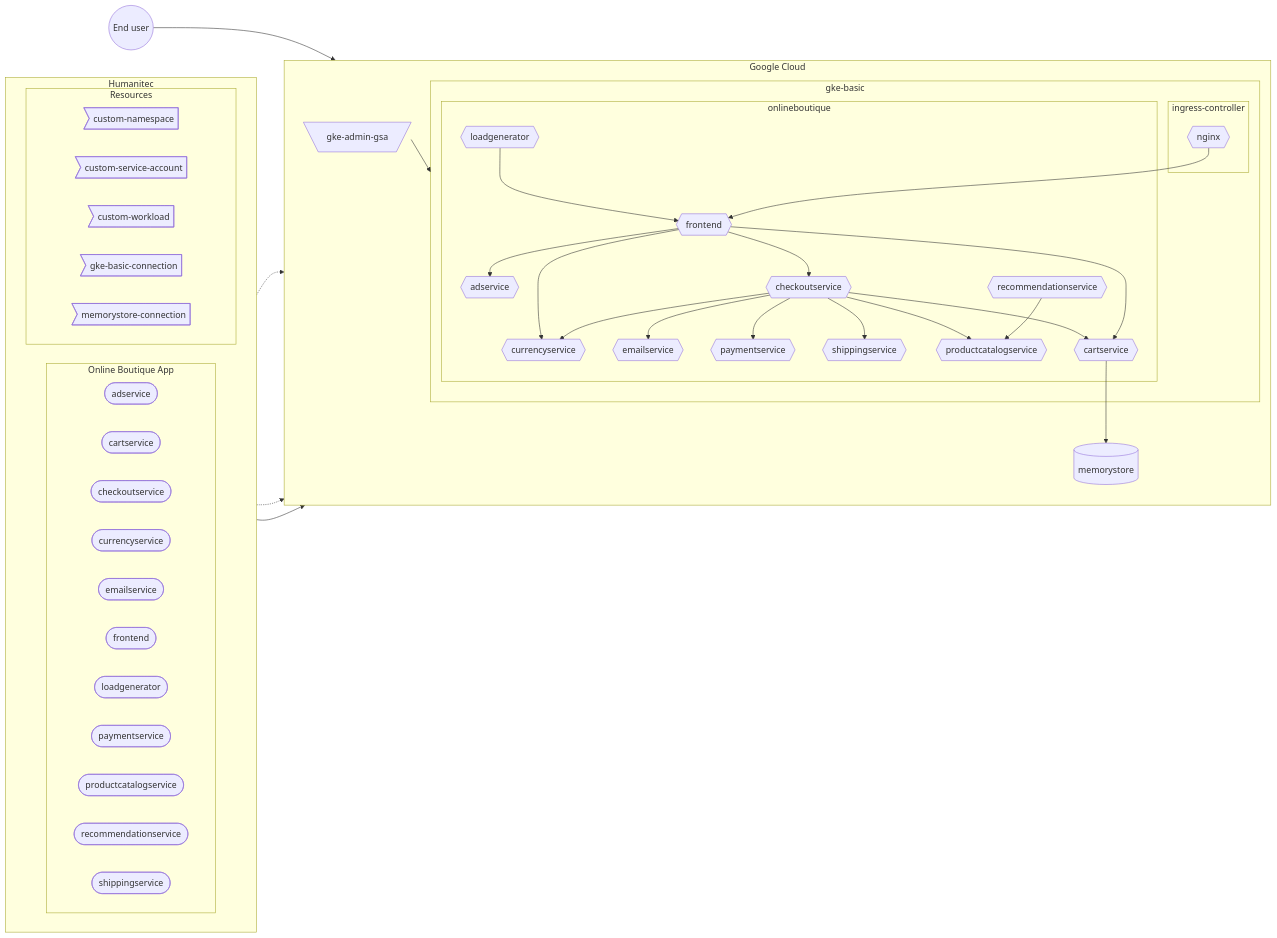
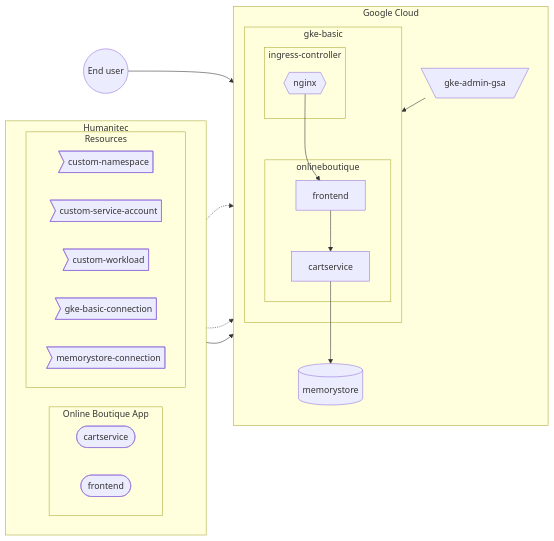
Before and after one commit to mathieu-benoit/hello-humanitec: the diagram in docs/gke-basic.md, drawn with Mermaid. The commit also changed 1 other file, not shown here.

Commit message:
simplify graphs

````diff
--- a/docs/gke-basic.md
+++ b/docs/gke-basic.md
@@ -14,57 +14,37 @@
 ```mermaid
 flowchart LR
   subgraph Humanitec
     direction LR
     subgraph onlineboutique-app [Online Boutique App]
       direction LR
-      adservice-workload([adservice])
       cartservice-workload([cartservice])
-      checkoutservice-workload([checkoutservice])
-      currencyservice-workload([currencyservice])
-      emailservice-workload([emailservice])
       frontend-workload([frontend])
-      loadgenerator-workload([loadgenerator])
-      paymentservice-workload([paymentservice])
-      productcatalogservice-workload([productcatalogservice])
-      recommendationservice-workload([recommendationservice])
-      shippingservice-workload([shippingservice])
     end
     subgraph Resources
         custom-namespace>custom-namespace]
         custom-service-account>custom-service-account]
         custom-workload>custom-workload]
         gke-basic-connection>gke-basic-connection]
         memorystore-connection>memorystore-connection]
     end
   end
   subgraph Google Cloud
     direction TB
     subgraph gke-basic
         subgraph ingress-controller
             nginx{{nginx}}
         end
         subgraph onlineboutique
-            frontend{{frontend}}-->adservice{{adservice}}
-            frontend-->checkoutservice{{checkoutservice}}
-            frontend-->currencyservice{{currencyservice}}
-            checkoutservice-->emailservice{{emailservice}}
-            checkoutservice-->paymentservice{{paymentservice}}
-            checkoutservice-->currencyservice
-            checkoutservice-->shippingservice{{shippingservice}}
-            checkoutservice-->productcatalogservice{{productcatalogservice}}
-            checkoutservice-->cartservice{{cartservice}}
             frontend-->cartservice
-            loadgenerator{{loadgenerator}}-->frontend
-            recommendationservice{{recommendationservice}}-->productcatalogservice
         end
         nginx-->frontend
     end
     gke-admin-gsa[\gke-admin-gsa/]
     gke-basic-connection-.->gke-admin-gsa
     gke-admin-gsa-->gke-basic
     memorystore-connection-.->memorystore[(memorystore)]
     onlineboutique-app-->onlineboutique
     cartservice-->memorystore
   end
   enduser((End user))-->nginx
 ```
````
